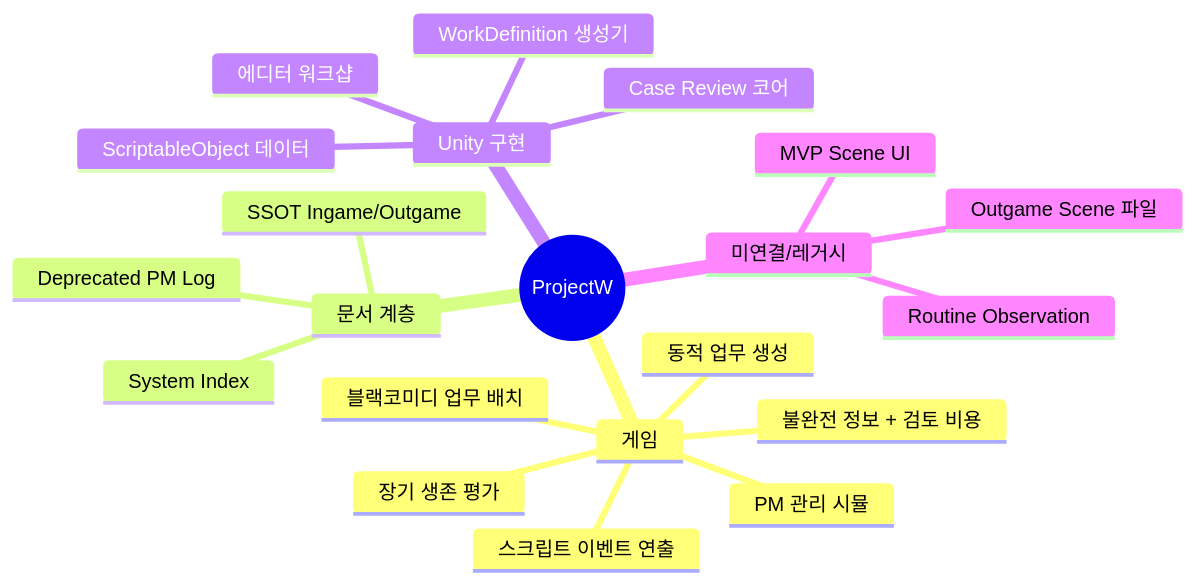
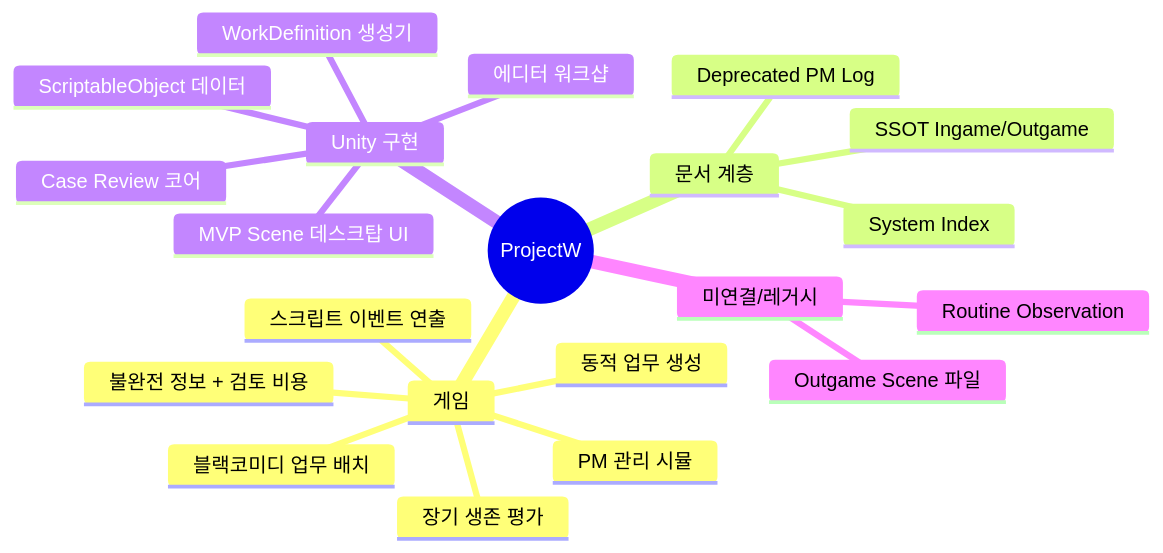
The first of 17 diagrams in Assets/Specification/Architecture – ProjectW System Overview.md (BaekNothing/ProjectW), drawn with Mermaid before and after one commit. The commit also changed other lines of this file and 2 other files, not shown here.

First line of the commit message:
feat: reorganize MVP desktop UI

````diff
--- a/Assets/Specification/Architecture – ProjectW System Overview.md
+++ b/Assets/Specification/Architecture – ProjectW System Overview.md
@@ -48,24 +48,24 @@
 ```mermaid
 mindmap
   root((ProjectW))
     게임
       PM 관리 시뮬
       블랙코미디 업무 배치
       장기 생존 평가
       동적 업무 생성
       불완전 정보 + 검토 비용
       스크립트 이벤트 연출
     문서 계층
       System Index
       SSOT Ingame/Outgame
       Deprecated PM Log
     Unity 구현
       Case Review 코어
+      MVP Scene 데스크탑 UI
       WorkDefinition 생성기
       ScriptableObject 데이터
       에디터 워크샵
     미연결/레거시
-      MVP Scene UI
       Routine Observation
       Outgame Scene 파일
 ```
````
